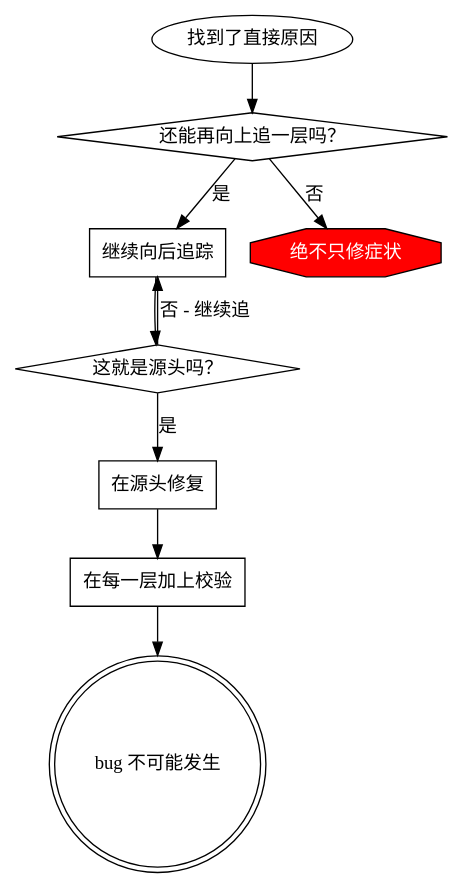
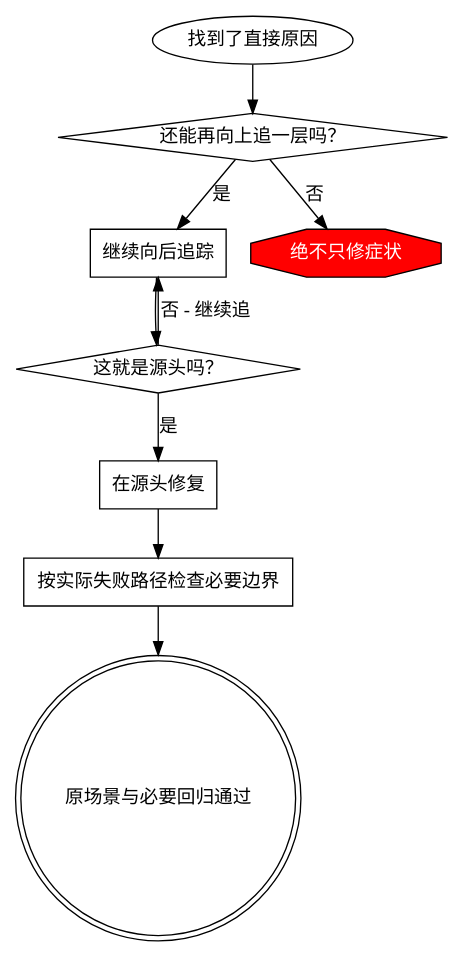
The second of 2 diagrams in skills/systematic-debugging/root-cause-tracing.md (QuanhuZeYu/dsh-superpower), drawn with Graphviz before and after one commit. The commit also changed other lines of this file and 122 other files, not shown here.

````diff
--- a/skills/systematic-debugging/root-cause-tracing.md
+++ b/skills/systematic-debugging/root-cause-tracing.md
@@ -138,21 +138,21 @@
 ```dot
 digraph principle {
     "找到了直接原因" [shape=ellipse];
     "还能再向上追一层吗？" [shape=diamond];
     "继续向后追踪" [shape=box];
     "这就是源头吗？" [shape=diamond];
     "在源头修复" [shape=box];
-    "在每一层加上校验" [shape=box];
-    "bug 不可能发生" [shape=doublecircle];
+    "按实际失败路径检查必要边界" [shape=box];
+    "原场景与必要回归通过" [shape=doublecircle];
     "绝不只修症状" [shape=octagon, style=filled, fillcolor=red, fontcolor=white];
 
     "找到了直接原因" -> "还能再向上追一层吗？";
     "还能再向上追一层吗？" -> "继续向后追踪" [label="是"];
     "还能再向上追一层吗？" -> "绝不只修症状" [label="否"];
     "继续向后追踪" -> "这就是源头吗？";
     "这就是源头吗？" -> "继续向后追踪" [label="否 - 继续追"];
     "这就是源头吗？" -> "在源头修复" [label="是"];
-    "在源头修复" -> "在每一层加上校验";
-    "在每一层加上校验" -> "bug 不可能发生";
+    "在源头修复" -> "按实际失败路径检查必要边界";
+    "按实际失败路径检查必要边界" -> "原场景与必要回归通过";
 }
 ```
````
